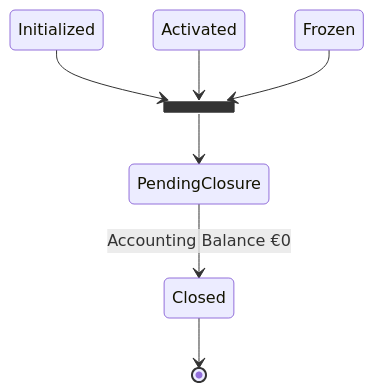
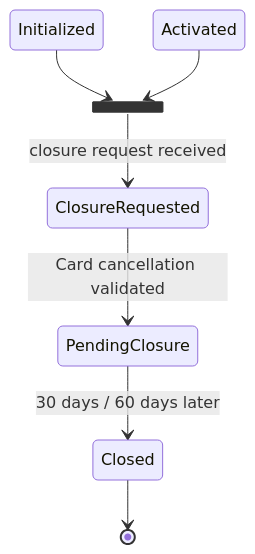
Before and after one commit to pomme-clic/s-money-documentation: the first of 6 diagrams in docs/usecases/accounts/AccountClosure_deprecated.md, drawn with Mermaid. The commit also changed other lines of this file, not shown here.

````diff
--- a/docs/usecases/accounts/AccountClosure_deprecated.md
+++ b/docs/usecases/accounts/AccountClosure_deprecated.md
@@ -18,12 +25,12 @@
 ```mermaid
 stateDiagram
 
 state fork_state <<fork>>
 Initialized	--> fork_state
 Activated --> fork_state
-Frozen --> fork_state
 
-fork_state --> PendingClosure
-PendingClosure --> Closed: Accounting Balance €0
+fork_state --> ClosureRequested : closure request received
+ClosureRequested --> PendingClosure: Card cancellation validated
+PendingClosure --> Closed: 30 days / 60 days later
 Closed --> [*]
 ```
````
